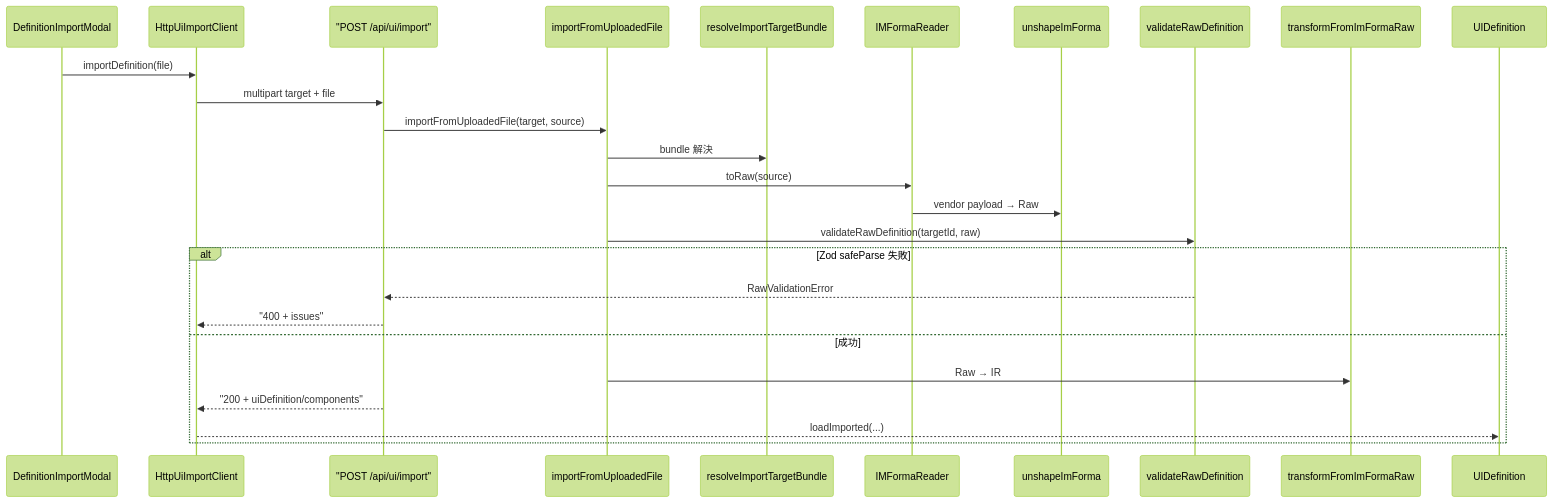
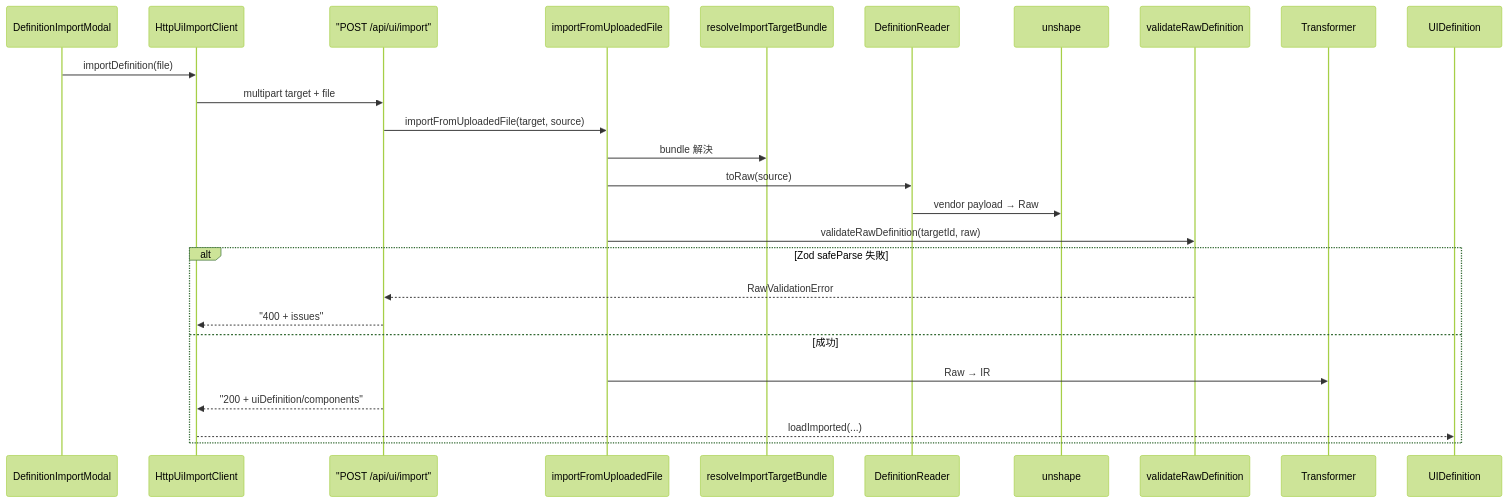
Before and after one commit to tatsuEX/lightweight-ir-modeler: the diagram in docs/use-cases/ui-import.md, drawn with Mermaid (forest theme). The commit also changed other lines of this file and 5 other files, not shown here.

````diff
--- a/docs/use-cases/ui-import.md
+++ b/docs/use-cases/ui-import.md
@@ -41,29 +42,29 @@
 ```mermaid
 sequenceDiagram
   participant UI as DefinitionImportModal
   participant Client as HttpUiImportClient
   participant API as "POST /api/ui/import"
   participant Pipe as importFromUploadedFile
   participant Reg as resolveImportTargetBundle
-  participant Reader as IMFormaReader
-  participant Unshape as unshapeImForma
+  participant Reader as DefinitionReader
+  participant Unshape as unshape
   participant Val as validateRawDefinition
-  participant Tx as transformFromImFormaRaw
+  participant Tx as Transformer
   participant Store as UIDefinition
 
   UI->>Client: importDefinition(file)
   Client->>API: multipart target + file
   API->>Pipe: importFromUploadedFile(target, source)
   Pipe->>Reg: bundle 解決
   Pipe->>Reader: toRaw(source)
   Reader->>Unshape: vendor payload → Raw
   Pipe->>Val: validateRawDefinition(targetId, raw)
   alt Zod safeParse 失敗
     Val-->>API: RawValidationError
     API-->>Client: "400 + issues"
   else 成功
     Pipe->>Tx: Raw → IR
     API-->>Client: "200 + uiDefinition/components"
     Client-->>Store: loadImported(...)
   end
 ```
````
